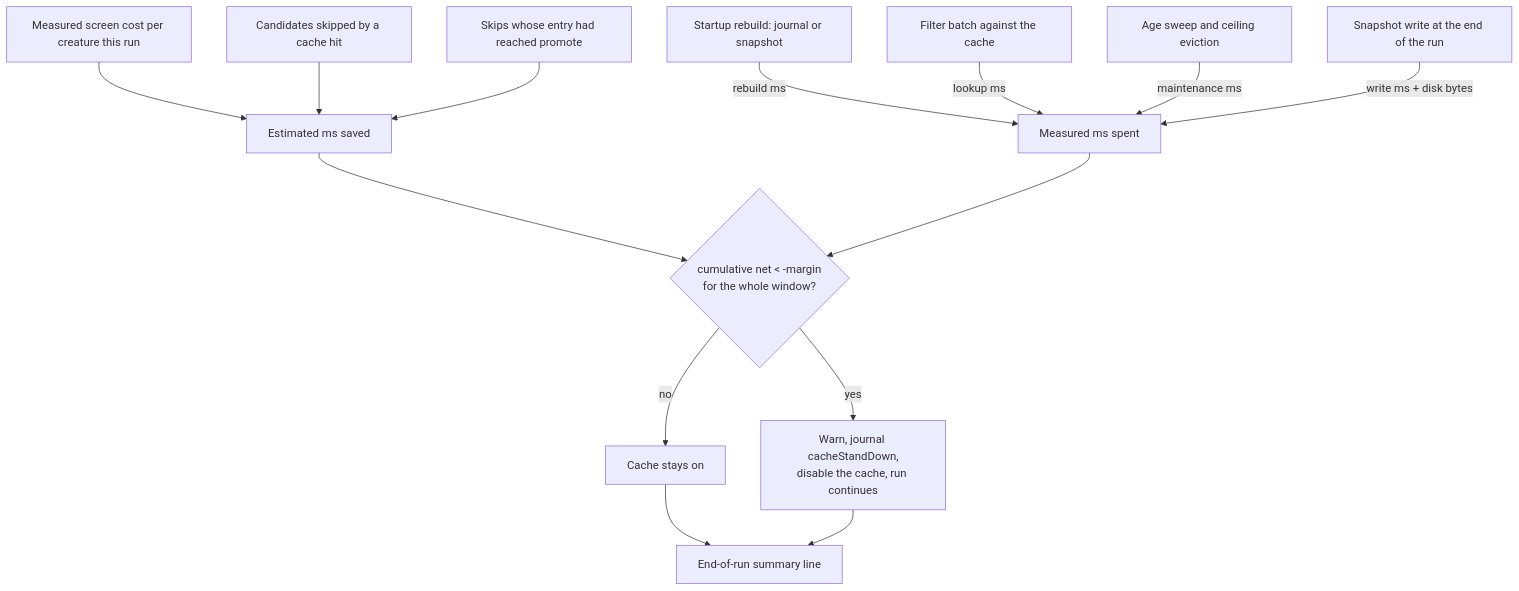
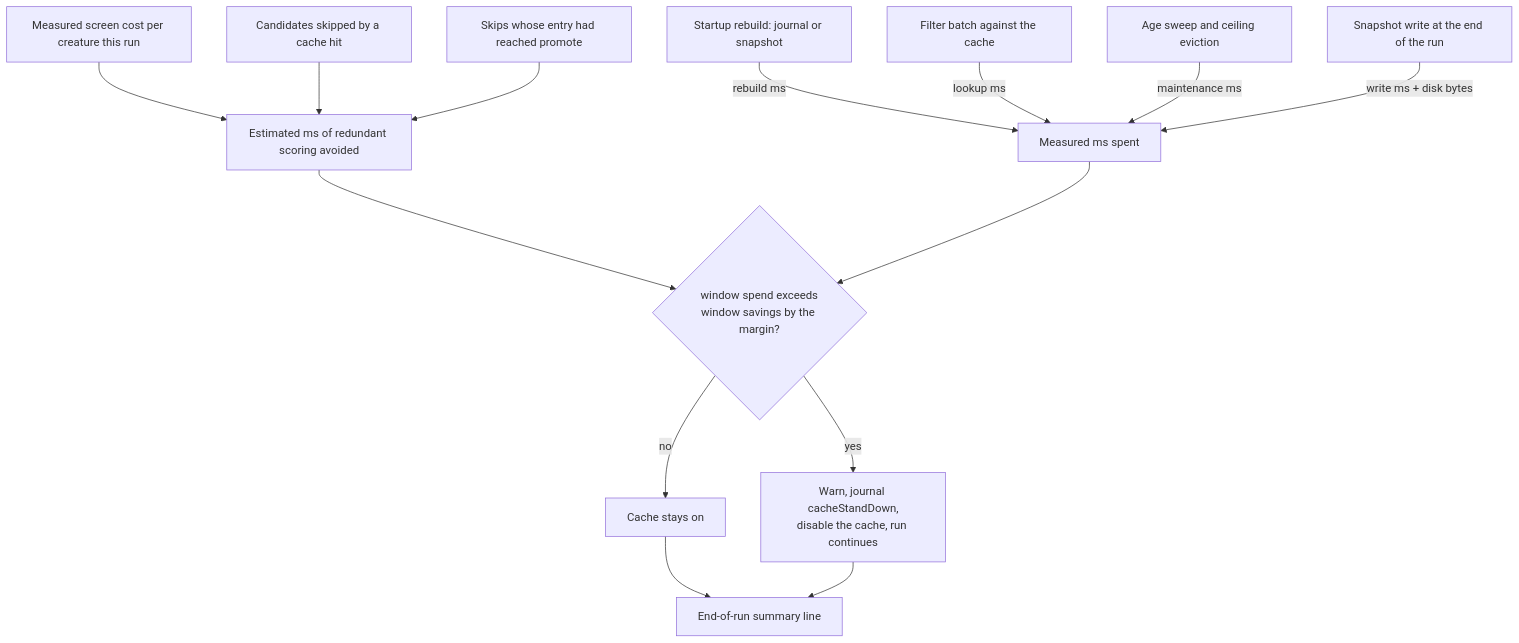
Before and after one commit to stSoftwareAU/NEAT-AI-Lamarck: the fifth of 5 diagrams in README.md, drawn with Mermaid. The commit also changed other lines of this file and 6 other files, not shown here.

````diff
--- a/README.md
+++ b/README.md
@@ -612,16 +612,16 @@
 ```mermaid
 flowchart TD
     START[Startup rebuild: journal or snapshot] -->|rebuild ms| SPENT
     FILTER[Filter batch against the cache] -->|lookup ms| SPENT
     SWEEP[Age sweep and ceiling eviction] -->|maintenance ms| SPENT
     SNAP[Snapshot write at the end of the run] -->|write ms + disk bytes| SPENT
     SCREEN[Measured screen cost per creature this run] --> SAVED
     SKIP[Candidates skipped by a cache hit] --> SAVED
     PROMO[Skips whose entry had reached promote] --> SAVED
-    SAVED[Estimated ms saved] --> NET{cumulative net < -margin<br/>for the whole window?}
+    SAVED[Estimated ms of redundant scoring avoided] --> NET{window spend exceeds<br/>window savings by the margin?}
     SPENT[Measured ms spent] --> NET
     NET -->|no| KEEP[Cache stays on]
     NET -->|yes| DOWN[Warn, journal cacheStandDown,<br/>disable the cache, run continues]
     KEEP --> SUMMARY[End-of-run summary line]
     DOWN --> SUMMARY
 ```
````
